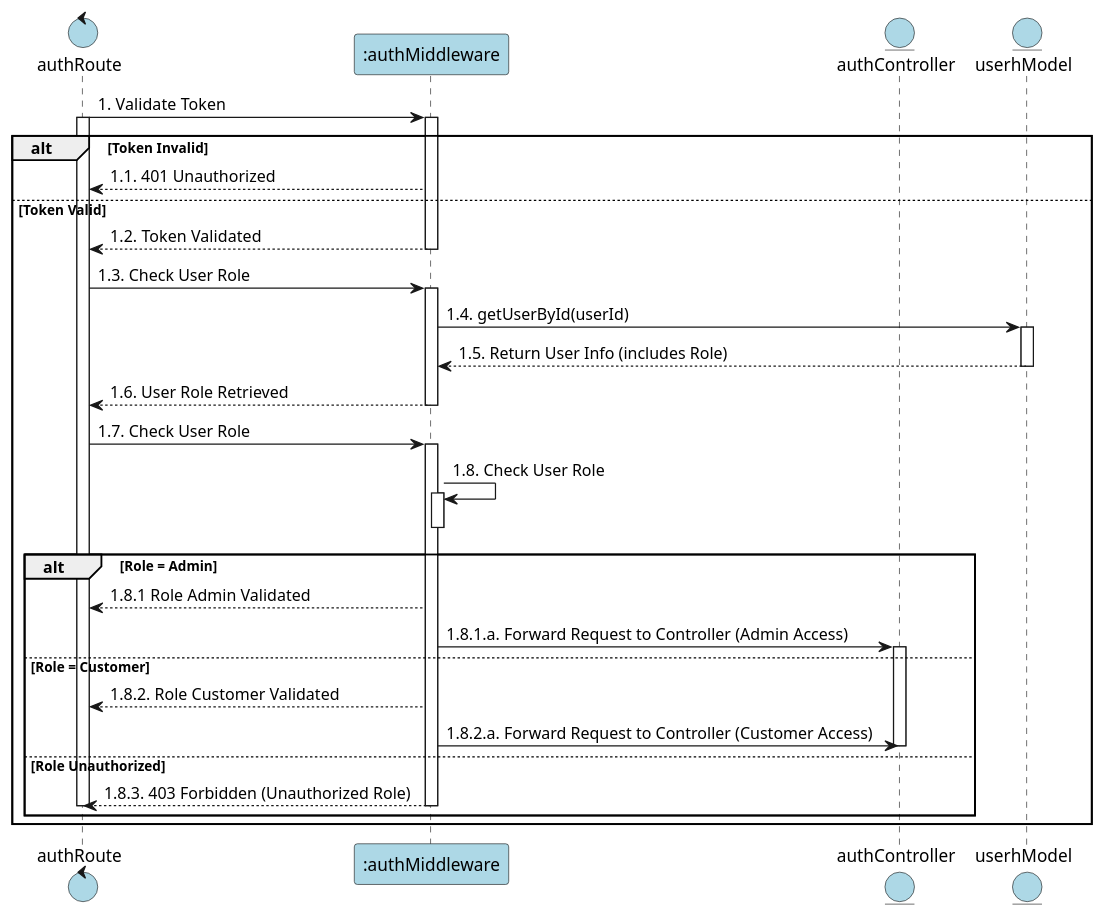
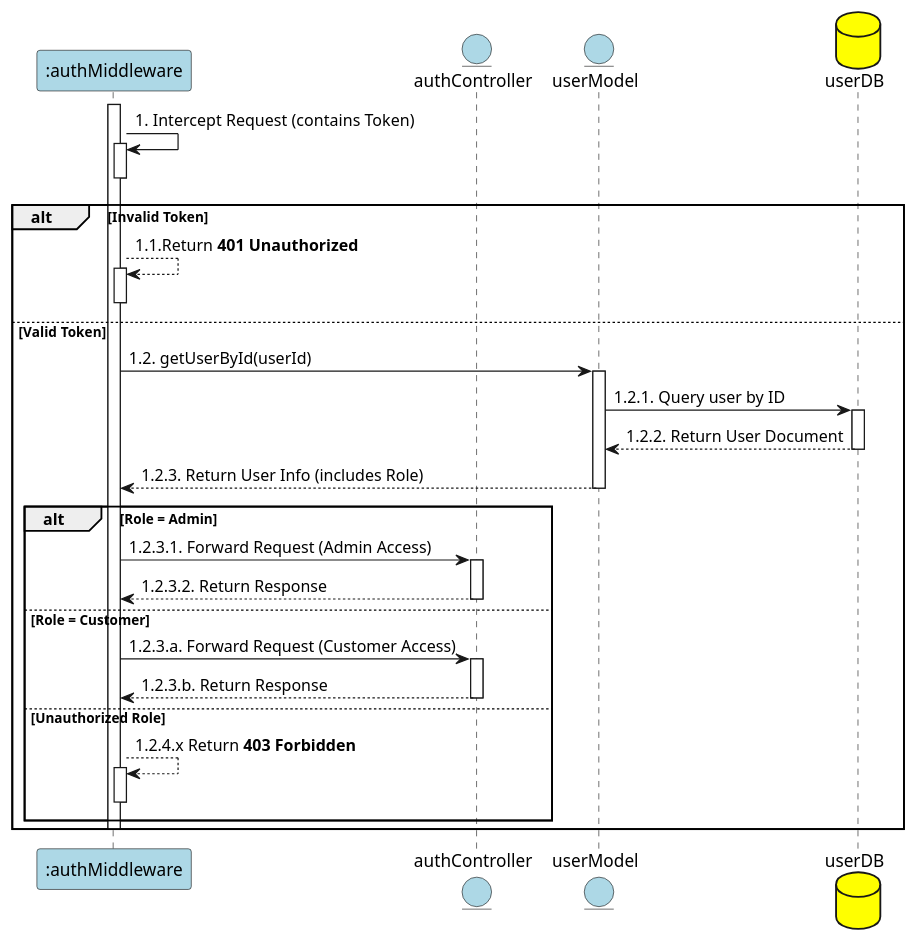
One commit to Aohkne/CaloCook changed the diagram in PlanUML/new/authentication.puml. Above: the diagram before and after it, drawn with PlantUML. The commit also changed 12 other files, not shown here.

```diff
--- a/PlanUML/new/authentication.puml
+++ b/PlanUML/new/authentication.puml
@@ -1,55 +1,50 @@
-@startuml Authentication
+@startuml Authentication_SubSequence_Clean
 
-control "authRoute" as Route #lightblue
 participant ":authMiddleware" as Middleware #lightblue
 entity "authController" as Controller #lightblue
-entity "userhModel" as Model #lightblue
+entity "userModel" as Model #lightblue
+database "userDB" as DB #yellow
 
-Route -> Middleware: 1. Validate Token
-activate Route
 activate Middleware
+Middleware -> Middleware: 1. Intercept Request (contains Token)
+activate Middleware
+deactivate Middleware
 
-
-alt Token Invalid
-    Middleware --> Route: 1.1. 401 Unauthorized
-
-else Token Valid
-    Middleware --> Route: 1.2. Token Validated
-    deactivate Middleware
-
-    Route -> Middleware: 1.3. Check User Role
-    activate Middleware
-
-    Middleware -> Model: 1.4. getUserById(userId)
-    activate Model
-    Model --> Middleware: 1.5. Return User Info (includes Role)
-    deactivate Model
-
-    Middleware --> Route: 1.6. User Role Retrieved
-    deactivate Middleware
-
-    Route -> Middleware: 1.7. Check User Role
-    activate Middleware
-
-    Middleware -> Middleware: 1.8. Check User Role
+alt Invalid Token
+    Middleware --> Middleware: 1.1.Return **401 Unauthorized**
     activate Middleware
     deactivate Middleware
 
+else Valid Token
+    Middleware -> Model: 1.2. getUserById(userId)
+    activate Model
+    Model -> DB: 1.2.1. Query user by ID
+    activate DB
+    DB --> Model: 1.2.2. Return User Document
+    deactivate DB
+    Model --> Middleware: 1.2.3. Return User Info (includes Role)
+    deactivate Model
+
     alt Role = Admin
-        Middleware --> Route: 1.8.1 Role Admin Validated
-        Middleware -> Controller: 1.8.1.a. Forward Request to Controller (Admin Access)
+        Middleware -> Controller: 1.2.3.1. Forward Request (Admin Access)
         activate Controller
-    else Role = Customer
-        Middleware --> Route: 1.8.2. Role Customer Validated
-        Middleware -> Controller: 1.8.2.a. Forward Request to Controller (Customer Access)
+        Controller --> Middleware: 1.2.3.2. Return Response
         deactivate Controller
 
-    else Role Unauthorized
-        Middleware --> Route: 1.8.3. 403 Forbidden (Unauthorized Role)
+    else Role = Customer
+        Middleware -> Controller: 1.2.3.a. Forward Request (Customer Access)
+        activate Controller
+        Controller --> Middleware: 1.2.3.b. Return Response
+        deactivate Controller
+
+    else Unauthorized Role
+        Middleware --> Middleware: 1.2.4.x Return **403 Forbidden**
+        activate Middleware
         deactivate Middleware
-        deactivate Route
+
     end
-
+        deactivate Middleware
 end
 
+
 @enduml
```
